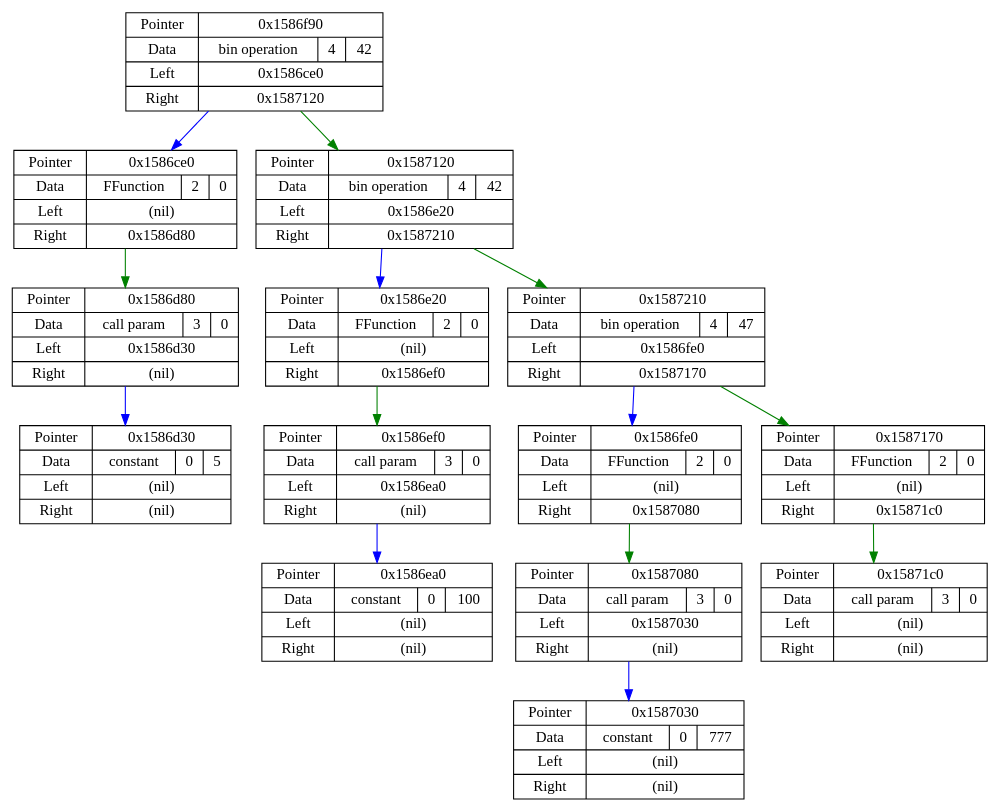
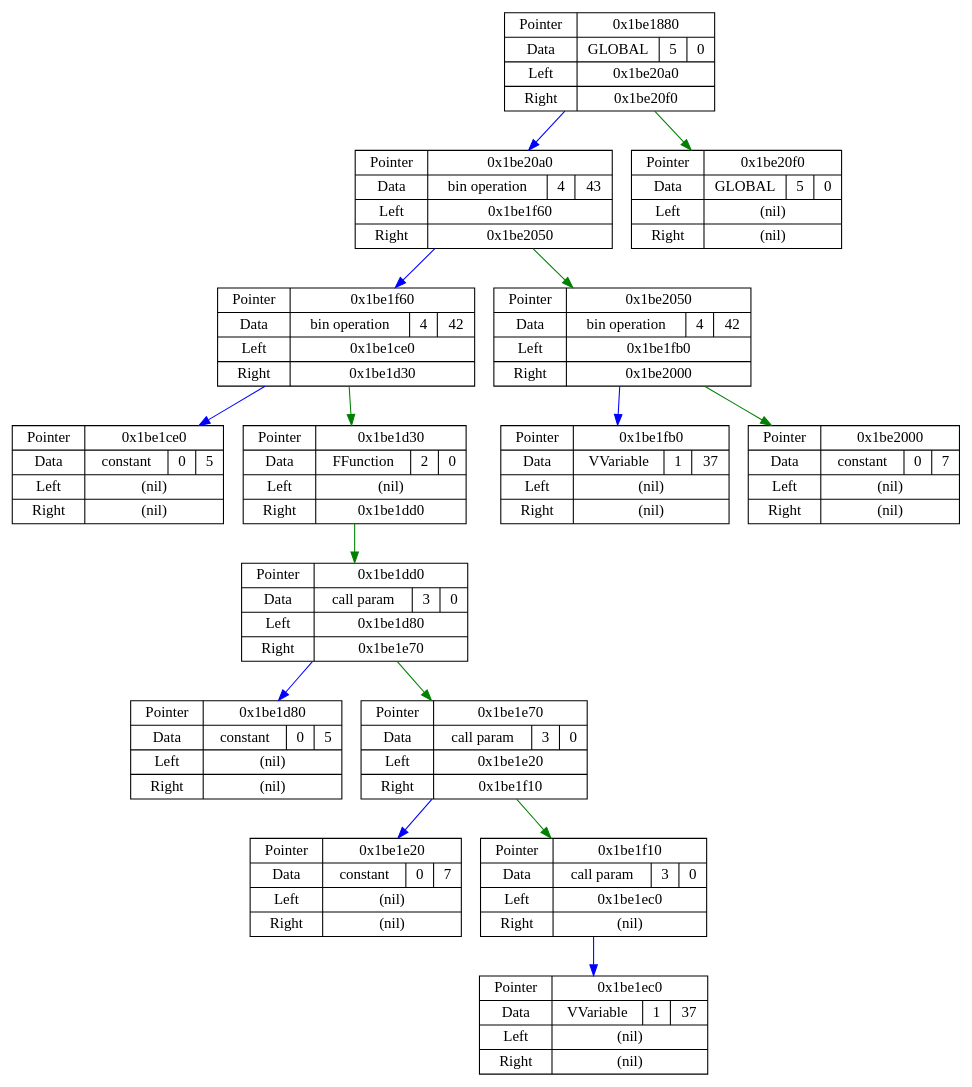
One commit to E3798211/JIT changed the diagram in Junk/dotdata.dot. Above: the diagram before and after it, drawn with Graphviz. The commit also changed 4 other files, not shown here.

```diff
--- a/Junk/dotdata.dot
+++ b/Junk/dotdata.dot
@@ -1,30 +1,32 @@
 digraph G {
 node[shape = record];
-22572944  [label = "{ Pointer | Data | Left | Right }  | { 0x1586f90 | { bin operation | 4 | 42 } | 0x1586ce0 | 0x1587120 }"];
-22572256  [label = "{ Pointer | Data | Left | Right }  | { 0x1586ce0 | { FFunction | 2 | 0 } | (nil) | 0x1586d80 }"];
-22572416  [label = "{ Pointer | Data | Left | Right }  | { 0x1586d80 | { call param | 3 | 0 } | 0x1586d30 | (nil) }"];
-22572336  [label = "{ Pointer | Data | Left | Right }  | { 0x1586d30 | { constant | 0 | 5 } | (nil) | (nil) }"];
-22573344  [label = "{ Pointer | Data | Left | Right }  | { 0x1587120 | { bin operation | 4 | 42 } | 0x1586e20 | 0x1587210 }"];
-22572576  [label = "{ Pointer | Data | Left | Right }  | { 0x1586e20 | { FFunction | 2 | 0 } | (nil) | 0x1586ef0 }"];
-22572784  [label = "{ Pointer | Data | Left | Right }  | { 0x1586ef0 | { call param | 3 | 0 } | 0x1586ea0 | (nil) }"];
-22572704  [label = "{ Pointer | Data | Left | Right }  | { 0x1586ea0 | { constant | 0 | 100 } | (nil) | (nil) }"];
-22573584  [label = "{ Pointer | Data | Left | Right }  | { 0x1587210 | { bin operation | 4 | 47 } | 0x1586fe0 | 0x1587170 }"];
-22573024  [label = "{ Pointer | Data | Left | Right }  | { 0x1586fe0 | { FFunction | 2 | 0 } | (nil) | 0x1587080 }"];
-22573184  [label = "{ Pointer | Data | Left | Right }  | { 0x1587080 | { call param | 3 | 0 } | 0x1587030 | (nil) }"];
-22573104  [label = "{ Pointer | Data | Left | Right }  | { 0x1587030 | { constant | 0 | 777 } | (nil) | (nil) }"];
-22573424  [label = "{ Pointer | Data | Left | Right }  | { 0x1587170 | { FFunction | 2 | 0 } | (nil) | 0x15871c0 }"];
-22573504  [label = "{ Pointer | Data | Left | Right }  | { 0x15871c0 | { call param | 3 | 0 } | (nil) | (nil) }"];
-22572944 -> 22572256 [color = blue];
-22572944 -> 22573344 [color = green];
-22572256 -> 22572416 [color = green];
-22572416 -> 22572336 [color = blue];
-22573344 -> 22572576 [color = blue];
-22573344 -> 22573584 [color = green];
-22572576 -> 22572784 [color = green];
-22572784 -> 22572704 [color = blue];
-22573584 -> 22573024 [color = blue];
-22573584 -> 22573424 [color = green];
-22573024 -> 22573184 [color = green];
-22573184 -> 22573104 [color = blue];
-22573424 -> 22573504 [color = green];
+29235328  [label = "{ Pointer | Data | Left | Right }  | { 0x1be1880 | { GLOBAL | 5 | 0 } | 0x1be20a0 | 0x1be20f0 }"];
+29237408  [label = "{ Pointer | Data | Left | Right }  | { 0x1be20a0 | { bin operation | 4 | 43 } | 0x1be1f60 | 0x1be2050 }"];
+29237088  [label = "{ Pointer | Data | Left | Right }  | { 0x1be1f60 | { bin operation | 4 | 42 } | 0x1be1ce0 | 0x1be1d30 }"];
+29236448  [label = "{ Pointer | Data | Left | Right }  | { 0x1be1ce0 | { constant | 0 | 5 } | (nil) | (nil) }"];
+29236528  [label = "{ Pointer | Data | Left | Right }  | { 0x1be1d30 | { FFunction | 2 | 0 } | (nil) | 0x1be1dd0 }"];
+29236688  [label = "{ Pointer | Data | Left | Right }  | { 0x1be1dd0 | { call param | 3 | 0 } | 0x1be1d80 | 0x1be1e70 }"];
+29236608  [label = "{ Pointer | Data | Left | Right }  | { 0x1be1d80 | { constant | 0 | 5 } | (nil) | (nil) }"];
+29236848  [label = "{ Pointer | Data | Left | Right }  | { 0x1be1e70 | { call param | 3 | 0 } | 0x1be1e20 | 0x1be1f10 }"];
+29236768  [label = "{ Pointer | Data | Left | Right }  | { 0x1be1e20 | { constant | 0 | 7 } | (nil) | (nil) }"];
+29237008  [label = "{ Pointer | Data | Left | Right }  | { 0x1be1f10 | { call param | 3 | 0 } | 0x1be1ec0 | (nil) }"];
+29236928  [label = "{ Pointer | Data | Left | Right }  | { 0x1be1ec0 | { VVariable | 1 | 37 } | (nil) | (nil) }"];
+29237328  [label = "{ Pointer | Data | Left | Right }  | { 0x1be2050 | { bin operation | 4 | 42 } | 0x1be1fb0 | 0x1be2000 }"];
+29237168  [label = "{ Pointer | Data | Left | Right }  | { 0x1be1fb0 | { VVariable | 1 | 37 } | (nil) | (nil) }"];
+29237248  [label = "{ Pointer | Data | Left | Right }  | { 0x1be2000 | { constant | 0 | 7 } | (nil) | (nil) }"];
+29237488  [label = "{ Pointer | Data | Left | Right }  | { 0x1be20f0 | { GLOBAL | 5 | 0 } | (nil) | (nil) }"];
+29235328 -> 29237408 [color = blue];
+29235328 -> 29237488 [color = green];
+29237408 -> 29237088 [color = blue];
+29237408 -> 29237328 [color = green];
+29237088 -> 29236448 [color = blue];
+29237088 -> 29236528 [color = green];
+29236528 -> 29236688 [color = green];
+29236688 -> 29236608 [color = blue];
+29236688 -> 29236848 [color = green];
+29236848 -> 29236768 [color = blue];
+29236848 -> 29237008 [color = green];
+29237008 -> 29236928 [color = blue];
+29237328 -> 29237168 [color = blue];
+29237328 -> 29237248 [color = green];
 }
```
